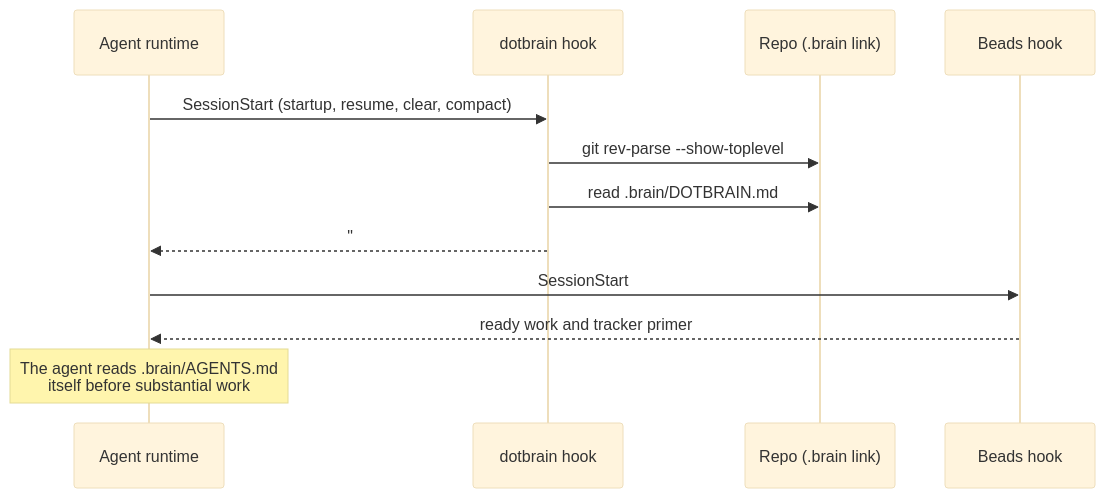
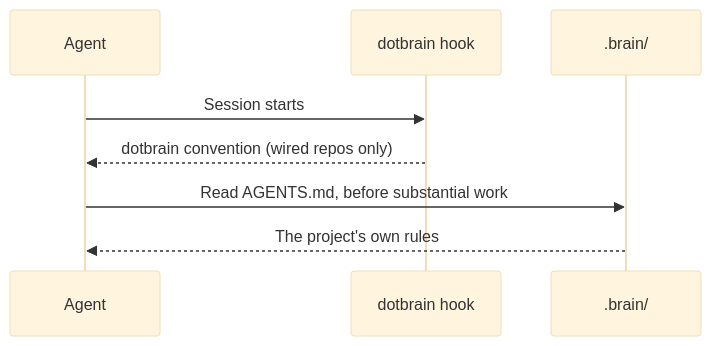
The diagram in docs/session-context.md (arminzou/dotbrain), drawn with Mermaid (base theme) before and after one commit. The commit also changed other lines of this file and 19 other files, not shown here.

First line of the commit message:
docs(site): polish diagrams and record a shared Mermaid style

````diff
--- a/docs/session-context.md
+++ b/docs/session-context.md
@@ -8,14 +8,11 @@
 ```mermaid
 sequenceDiagram
-  participant A as Agent runtime
-  participant H as dotbrain hook
-  participant R as Repo (.brain link)
-  participant B as Beads hook
-  A->>H: SessionStart (startup, resume, clear, compact)
-  H->>R: git rev-parse --show-toplevel
-  H->>R: read .brain/DOTBRAIN.md
-  H-->>A: "## dotbrain convention" + DOTBRAIN.md
-  A->>B: SessionStart
-  B-->>A: ready work and tracker primer
-  Note over A: The agent reads .brain/AGENTS.md<br/>itself before substantial work
+  accTitle: What an agent loads when a session starts
+  participant A as Agent
+  participant D as dotbrain hook
+  participant B as .brain/
+  A->>D: Session starts
+  D-->>A: dotbrain convention (wired repos only)
+  A->>B: Read AGENTS.md, before substantial work
+  B-->>A: The project's own rules
 ```
````
